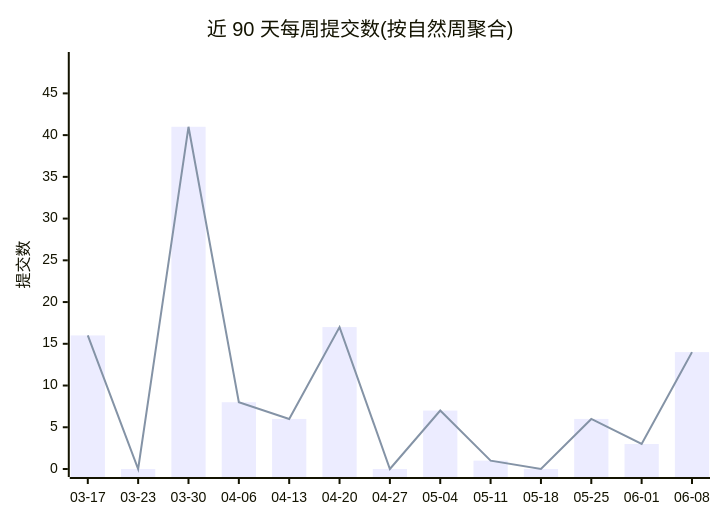
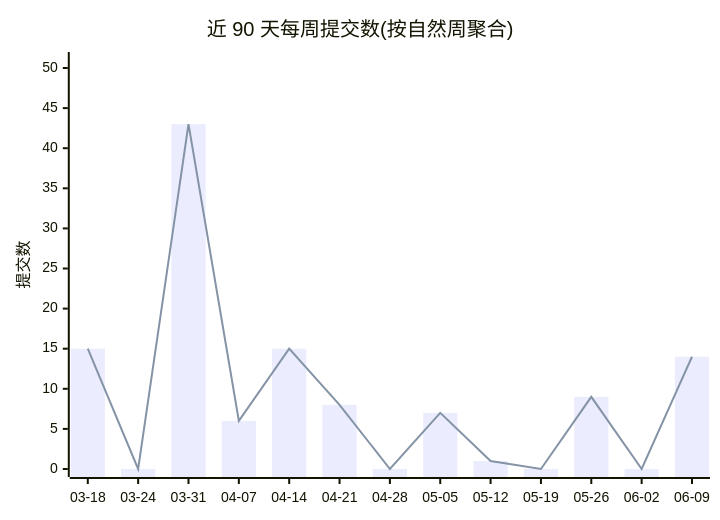
One commit to Conflux-Union/.github changed the first of 2 diagrams in profile/README.md. Above: the diagram before and after it, drawn with Mermaid. The commit also changed other lines of this file and 1 other file, not shown here.

````diff
--- a/profile/README.md
+++ b/profile/README.md
@@ -44,8 +44,8 @@
 ```mermaid
 xychart-beta
     title "近 90 天每周提交数(按自然周聚合)"
-    x-axis ["03-17", "03-23", "03-30", "04-06", "04-13", "04-20", "04-27", "05-04", "05-11", "05-18", "05-25", "06-01", "06-08"]
-    y-axis "提交数" 0 --> 49
-    bar [16, 0, 41, 8, 6, 17, 0, 7, 1, 0, 6, 3, 14]
-    line [16, 0, 41, 8, 6, 17, 0, 7, 1, 0, 6, 3, 14]
+    x-axis ["03-18", "03-24", "03-31", "04-07", "04-14", "04-21", "04-28", "05-05", "05-12", "05-19", "05-26", "06-02", "06-09"]
+    y-axis "提交数" 0 --> 51
+    bar [15, 0, 43, 6, 15, 8, 0, 7, 1, 0, 9, 0, 14]
+    line [15, 0, 43, 6, 15, 8, 0, 7, 1, 0, 9, 0, 14]
 ```
````
